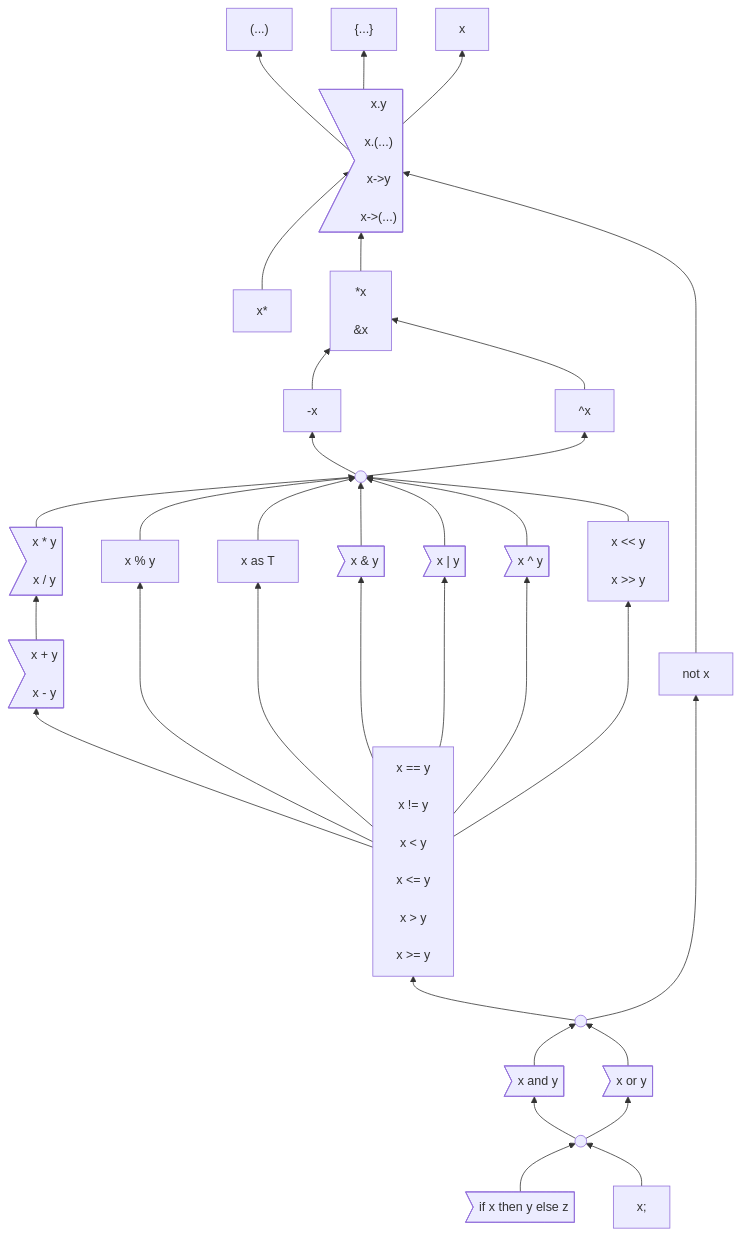
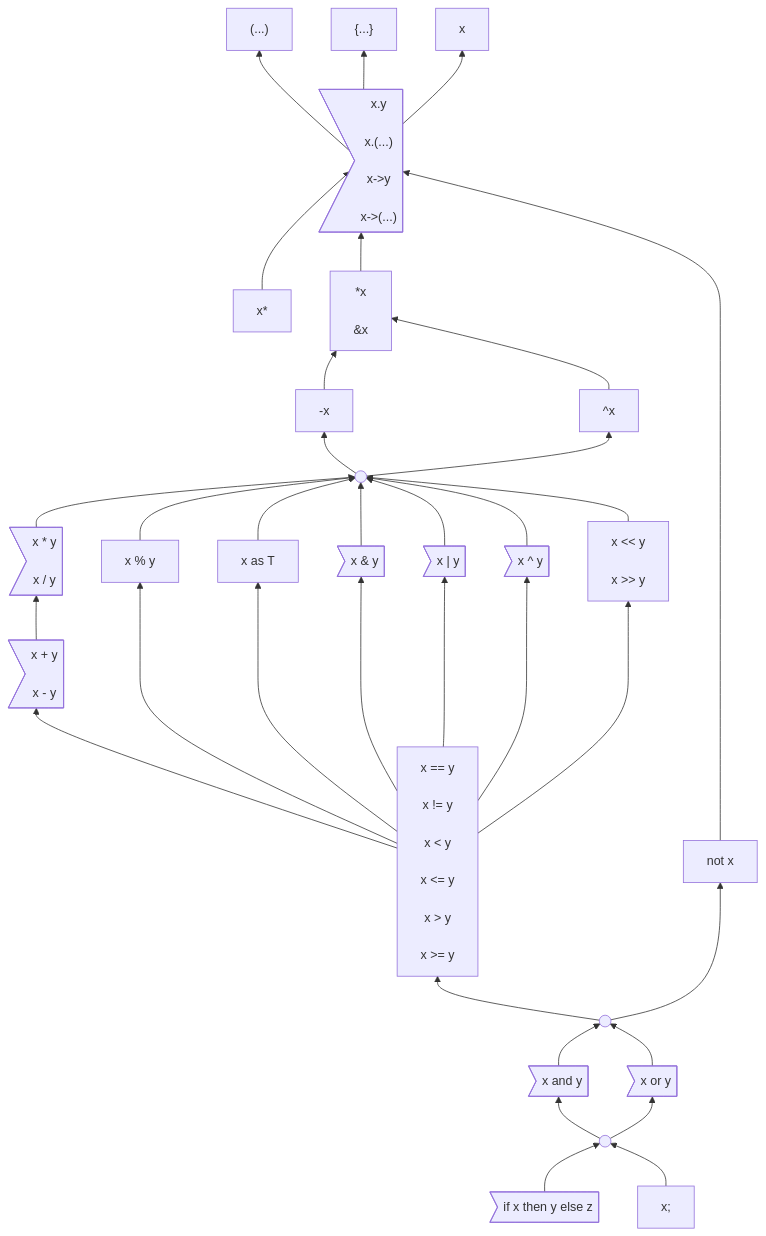
The first of 2 diagrams in docs/design/expressions/README.md (carbon-language/carbon-lang), drawn with Mermaid before and after one commit.

Commit message:
looooooooooooooooooonger

```diff
--- a/docs/design/expressions/README.md
+++ b/docs/design/expressions/README.md
@@ -140,7 +140,7 @@
     complement --> pointer
     unary --> negation & complement
     %% Use a longer arrow here to put `not` next to `and` and `or`.
-    not ------> memberAccess
+    not -------> memberAccess
     multiplication & modulo & as & bitwise_and & bitwise_or & bitwise_xor & shift --> unary
     addition --> multiplication
     comparison --> modulo & addition & as & bitwise_and & bitwise_or & bitwise_xor & shift
```
